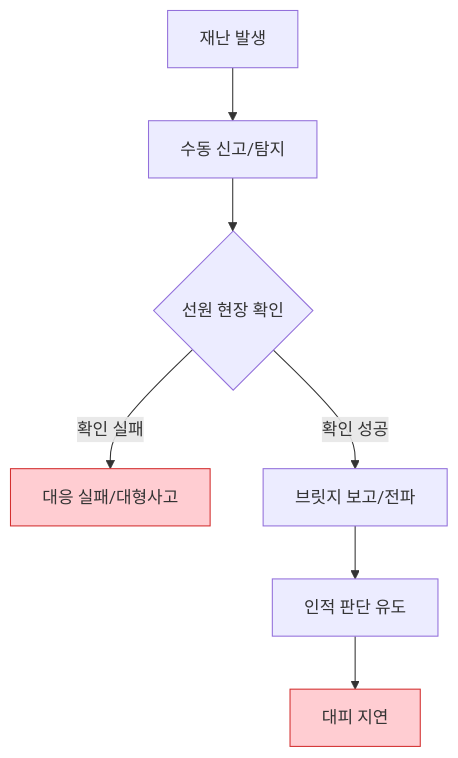
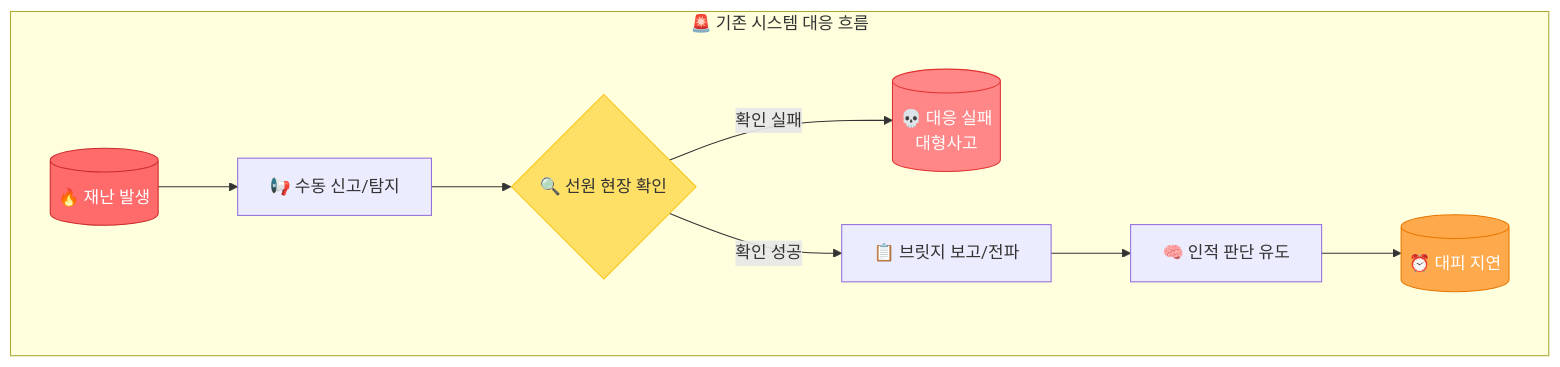
The first of 18 diagrams in report.md (ymseo741/isedss-presentation), drawn with Mermaid before and after one commit. The commit also changed other lines of this file, not shown here.

Commit message:
Enhanced report.md with Mermaid diagrams and narrative prose

````diff
--- a/report.md
+++ b/report.md
@@ -36,11 +40,16 @@
 ```mermaid
-graph TD
-    A[재난 발생] --> B[수동 신고/탐지]
-    B --> C{선원 현장 확인}
-    C -->|확인 실패| D[대응 실패/대형사고]
-    C -->|확인 성공| E[브릿지 보고/전파]
-    E --> F[인적 판단 유도]
-    F --> G[대피 지연]
-    style D fill:#ffcdd2,stroke:#d32f2f
-    style G fill:#ffcdd2,stroke:#d32f2f
+flowchart TD
+    subgraph 기존시스템["🚨 기존 시스템 대응 흐름"]
+        A[("🔥 재난 발생")] --> B["📢 수동 신고/탐지"]
+        B --> C{"🔍 선원 현장 확인"}
+        C -->|"확인 실패"| D[("💀 대응 실패<br/>대형사고")]
+        C -->|"확인 성공"| E["📋 브릿지 보고/전파"]
+        E --> F["🧠 인적 판단 유도"]
+        F --> G[("⏰ 대피 지연")]
+    end
+    
+    style A fill:#ff6b6b,stroke:#c92a2a,color:#fff
+    style D fill:#ff8787,stroke:#e03131,color:#fff
+    style G fill:#ffa94d,stroke:#e67700,color:#fff
+    style C fill:#ffe066,stroke:#fcc419
 ```
````
